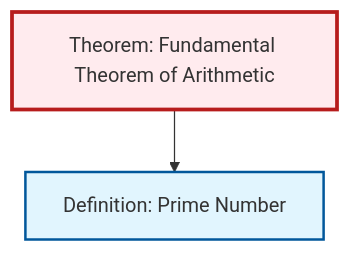
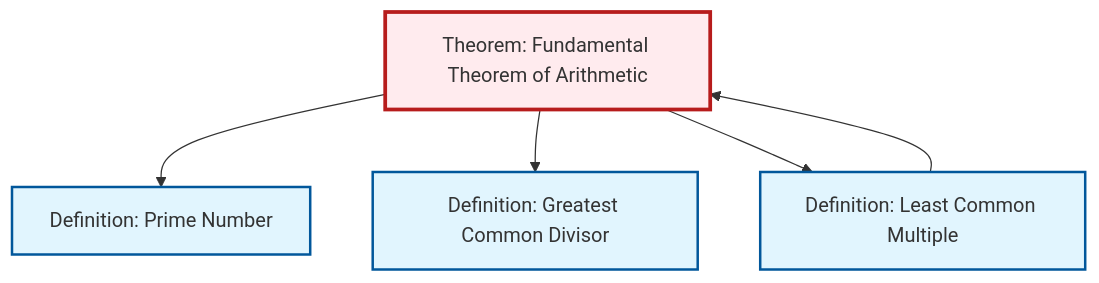
The diagram in content/en/number-theory/thm-fundamental-arithmetic.qmd (RK0429/ModernMath), drawn with Mermaid before and after one commit. The commit also changed 634 other files, not shown here.

````diff
--- a/content/en/number-theory/thm-fundamental-arithmetic.qmd
+++ b/content/en/number-theory/thm-fundamental-arithmetic.qmd
@@ -64,14 +64,21 @@
 ```{mermaid}
 %%| fig-cap: "Local dependency graph"
 graph TD
     classDef definition fill:#e1f5fe,stroke:#01579b,stroke-width:2px
     classDef theorem fill:#f3e5f5,stroke:#4a148c,stroke-width:2px
     classDef axiom fill:#fff3e0,stroke:#e65100,stroke-width:2px
     classDef example fill:#e8f5e9,stroke:#1b5e20,stroke-width:2px
     classDef current fill:#ffebee,stroke:#b71c1c,stroke-width:3px
     thm-fundamental-arithmetic["Theorem: Fundamental Theorem of Arithmetic"]:::theorem
+    def-gcd["Definition: Greatest Common Divisor"]:::definition
+    def-lcm["Definition: Least Common Multiple"]:::definition
     def-prime["Definition: Prime Number"]:::definition
     thm-fundamental-arithmetic --> def-prime
+    def-lcm --> thm-fundamental-arithmetic
+    thm-fundamental-arithmetic --> def-gcd
+    thm-fundamental-arithmetic --> def-lcm
     class thm-fundamental-arithmetic current
+    click def-gcd "def-gcd.html" "Go to Greatest Common Divisor definition"
+    click def-lcm "def-lcm.html" "Go to Least Common Multiple definition"
     click def-prime "def-prime.html" "Go to Prime Number definition"
 ```
````
